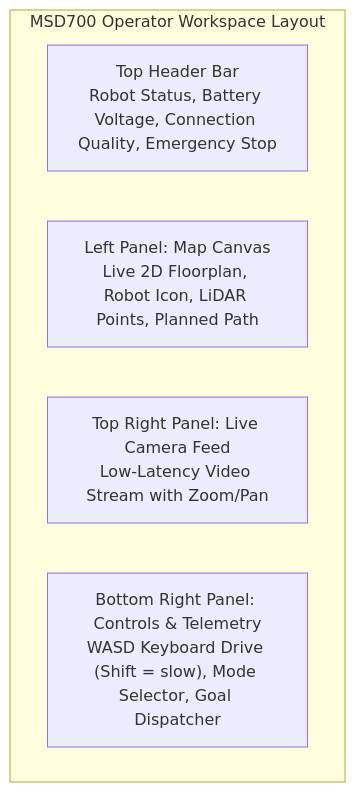
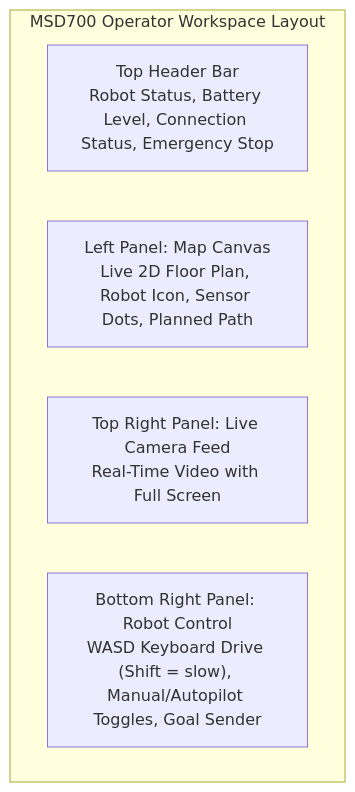
One commit to itbdelaboprogramming/msd700_documentation changed the second of 4 diagrams in docs/user-guide/quick-start.md. Above: the diagram before and after it, drawn with Mermaid. The commit also changed other lines of this file and 35 other files, not shown here.

````diff
--- a/docs/user-guide/quick-start.md
+++ b/docs/user-guide/quick-start.md
@@ -53,9 +54,9 @@
 ```mermaid
 flowchart TD
   subgraph Workspace["MSD700 Operator Workspace Layout"]
-    TOP["Top Header Bar<br/>Robot Status, Battery Voltage, Connection Quality, Emergency Stop"]
-    LEFT["Left Panel: Map Canvas<br/>Live 2D Floorplan, Robot Icon, LiDAR Points, Planned Path"]
-    RIGHT_TOP["Top Right Panel: Live Camera Feed<br/>Low-Latency Video Stream with Zoom/Pan"]
-    RIGHT_BOT["Bottom Right Panel: Controls & Telemetry<br/>WASD Keyboard Drive (Shift = slow), Mode Selector, Goal Dispatcher"]
+    TOP["Top Header Bar<br/>Robot Status, Battery Level, Connection Status, Emergency Stop"]
+    LEFT["Left Panel: Map Canvas<br/>Live 2D Floor Plan, Robot Icon, Sensor Dots, Planned Path"]
+    RIGHT_TOP["Top Right Panel: Live Camera Feed<br/>Real-Time Video with Full Screen"]
+    RIGHT_BOT["Bottom Right Panel: Robot Control<br/>WASD Keyboard Drive (Shift = slow), Manual/Autopilot Toggles, Goal Sender"]
   end
 ```
````
